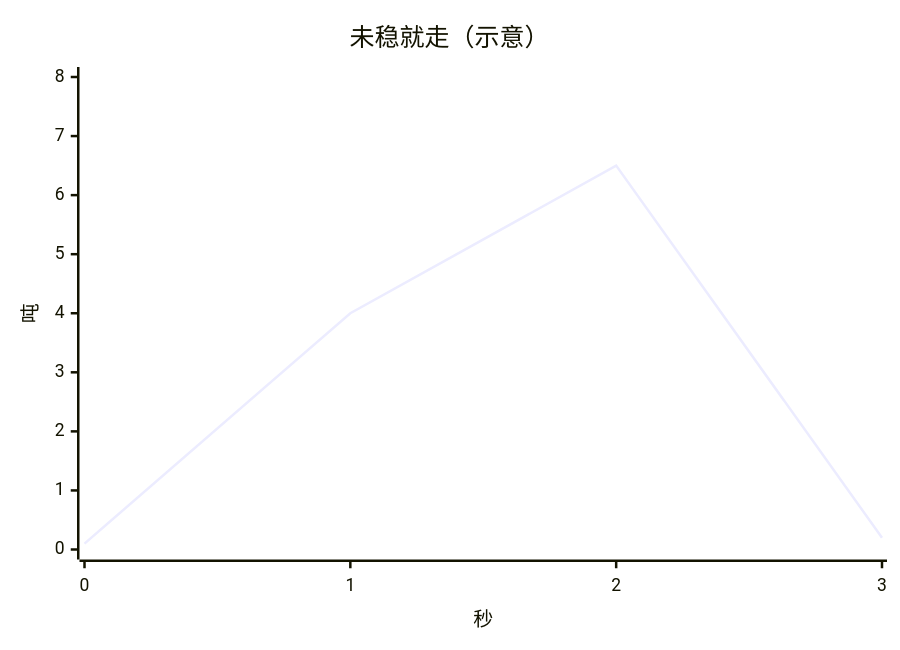
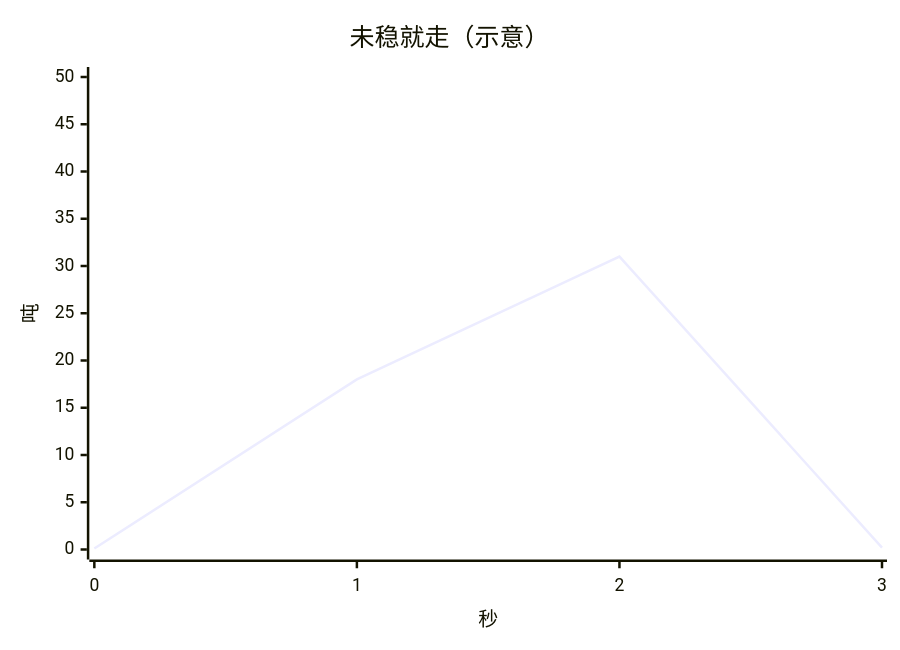
Before and after one commit to feewillowherb/MaterialMonospec: the third of 5 diagrams in docs/2026-11-10-urban-busy-weighing-upload-on-stable/03-模式时序与图表.md, drawn with Mermaid. The commit also changed other lines of this file and 20 other files, not shown here.

````diff
--- a/docs/2026-11-10-urban-busy-weighing-upload-on-stable/03-模式时序与图表.md
+++ b/docs/2026-11-10-urban-busy-weighing-upload-on-stable/03-模式时序与图表.md
@@ -87,7 +89,7 @@
 ```mermaid
 xychart-beta
   title "未稳就走（示意）"
   x-axis "秒" [0, 1, 2, 3]
-  y-axis "吨" 0 --> 8
-  line [0.1, 4.0, 6.5, 0.2]
+  y-axis "吨" 0 --> 50
+  line [0.1, 18.0, 31.0, 0.2]
 ```
````
